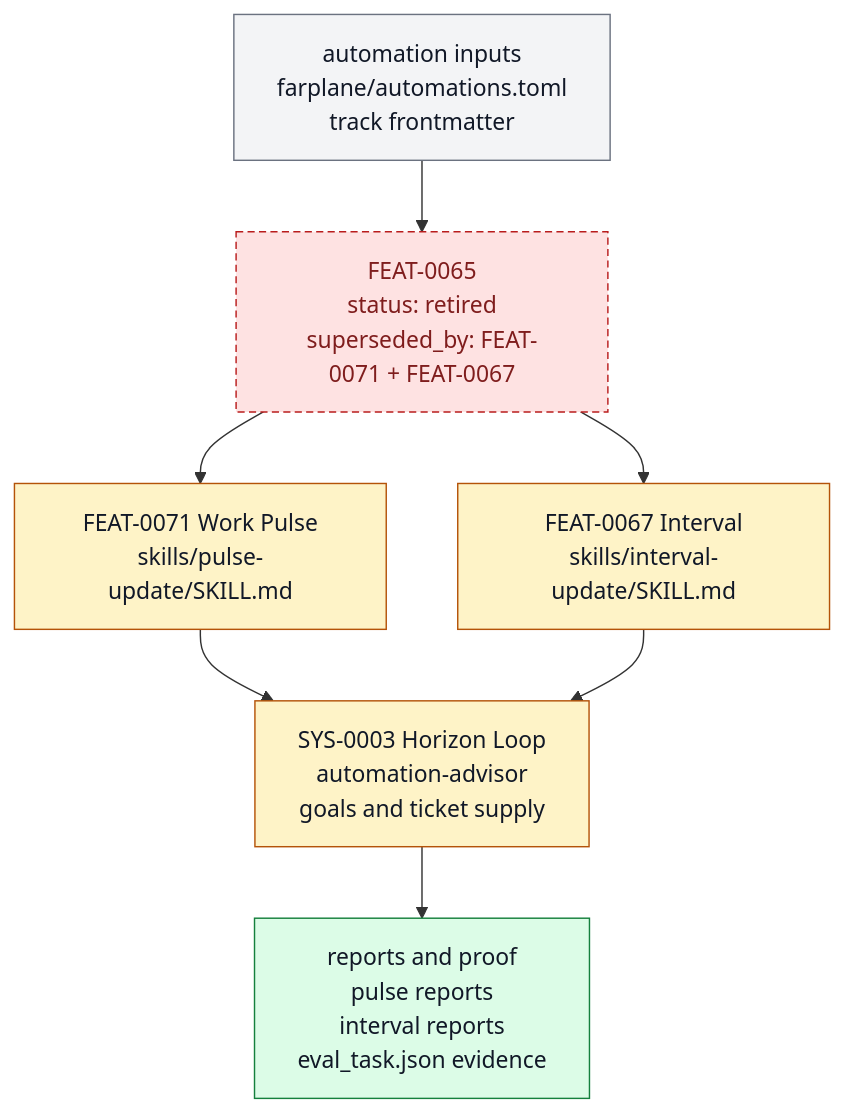
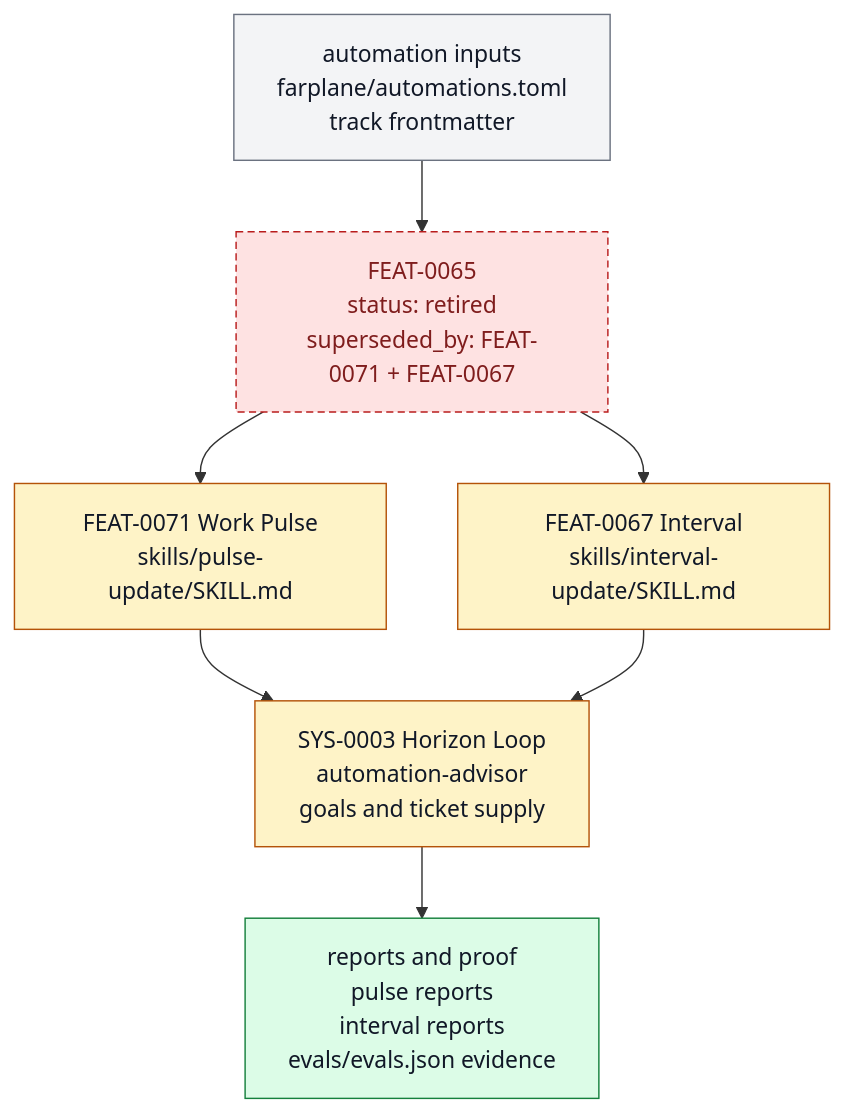
One commit to ZanarkandTechnologies/Farplane changed the diagram in docs/features/FEAT-0065-pulse-and-interval-automation.md. Above: the diagram before and after it, drawn with Mermaid. The commit also changed other lines of this file and 305 other files, not shown here.

````diff
--- a/docs/features/FEAT-0065-pulse-and-interval-automation.md
+++ b/docs/features/FEAT-0065-pulse-and-interval-automation.md
@@ -97,19 +97,19 @@
 ```mermaid
 flowchart TD
   classDef keep fill:#f3f4f6,stroke:#6b7280,color:#111827
   classDef changed fill:#fef3c7,stroke:#b45309,color:#111827
   classDef added fill:#dcfce7,stroke:#15803d,color:#111827
   classDef retired fill:#fee2e2,stroke:#b91c1c,color:#7f1d1d,stroke-dasharray: 5 3
 
   config["automation inputs<br/>farplane/automations.toml<br/>track frontmatter"]:::keep
   retired["FEAT-0065<br/>status: retired<br/>superseded_by: FEAT-0071 + FEAT-0067"]:::retired
   pulse["FEAT-0071 Work Pulse<br/>skills/pulse-update/SKILL.md"]:::changed
   interval["FEAT-0067 Interval<br/>skills/interval-update/SKILL.md"]:::changed
   horizon["SYS-0003 Horizon Loop<br/>automation-advisor<br/>goals and ticket supply"]:::changed
-  outputs["reports and proof<br/>pulse reports<br/>interval reports<br/>eval_task.json evidence"]:::added
+  outputs["reports and proof<br/>pulse reports<br/>interval reports<br/>evals/evals.json evidence"]:::added
 
   config --> retired
   retired --> pulse --> horizon
   retired --> interval --> horizon
   horizon --> outputs
 ```
````
